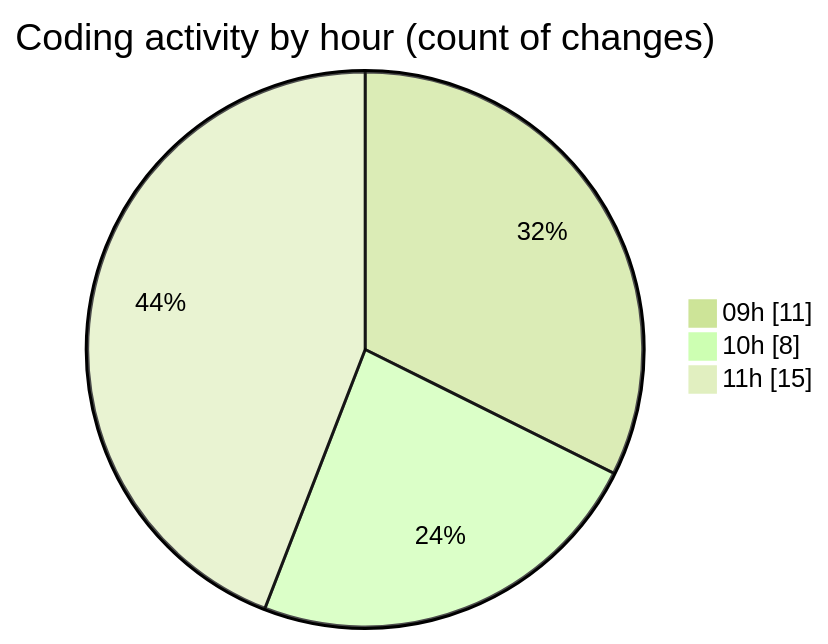
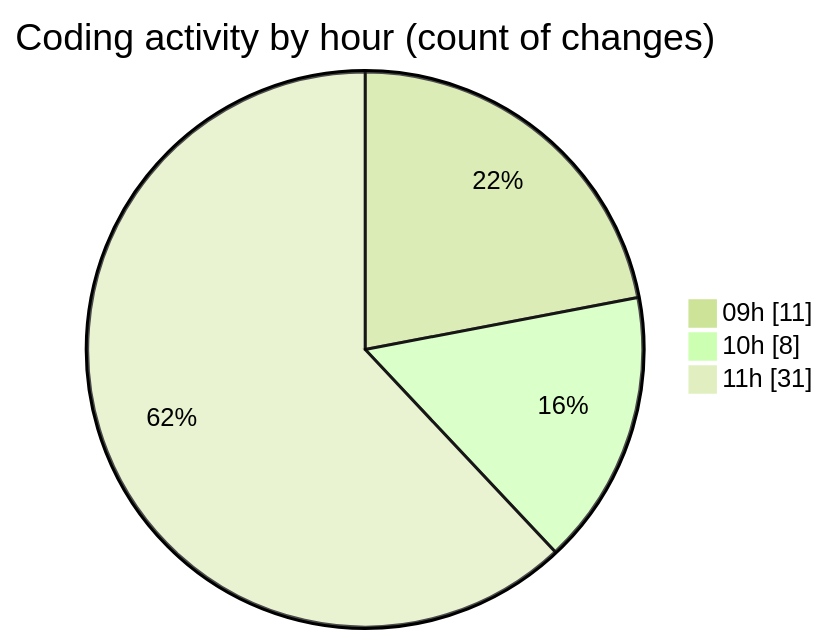
One commit to momahboobian/code-tracking changed the second of 2 diagrams in 2025-10-30/cda/README.md. Above: the diagram before and after it, drawn with Mermaid (forest theme). The commit also changed other lines of this file and 1 other file, not shown here.

````diff
--- a/2025-10-30/cda/README.md
+++ b/2025-10-30/cda/README.md
@@ -33,7 +37,7 @@
 ```mermaid
 pie showData
 title Coding activity by hour (count of changes)
 "09h" : 11
 "10h" : 8
-"11h" : 15
+"11h" : 31
 ```
````
